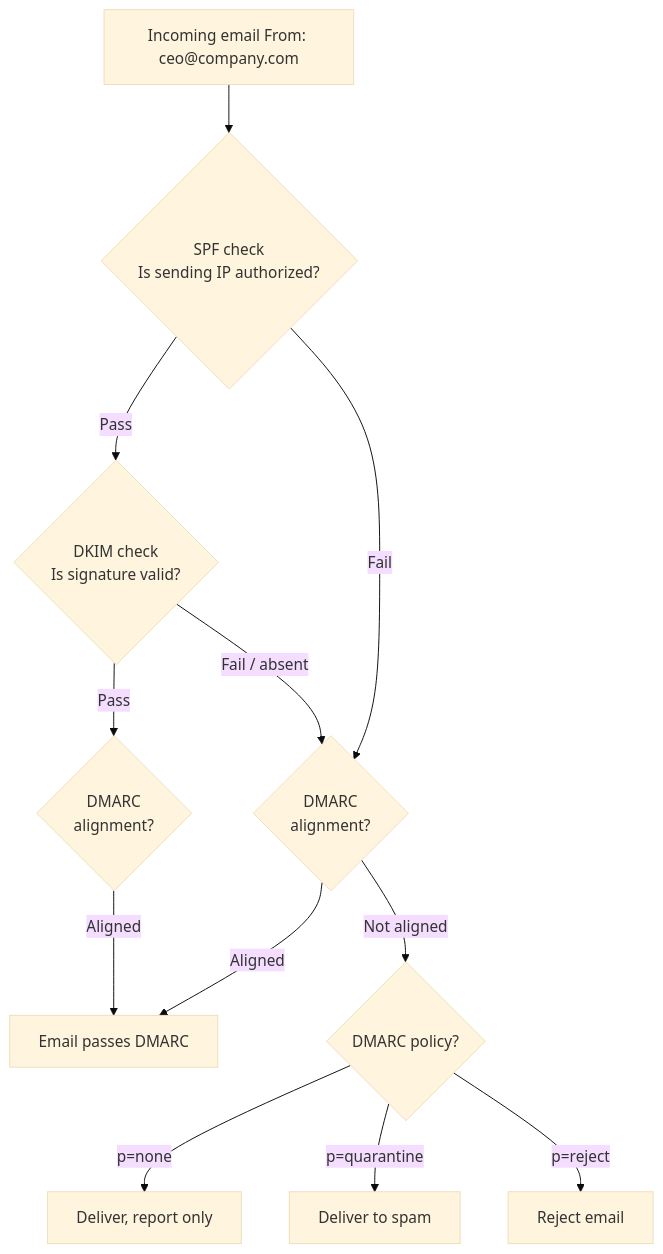
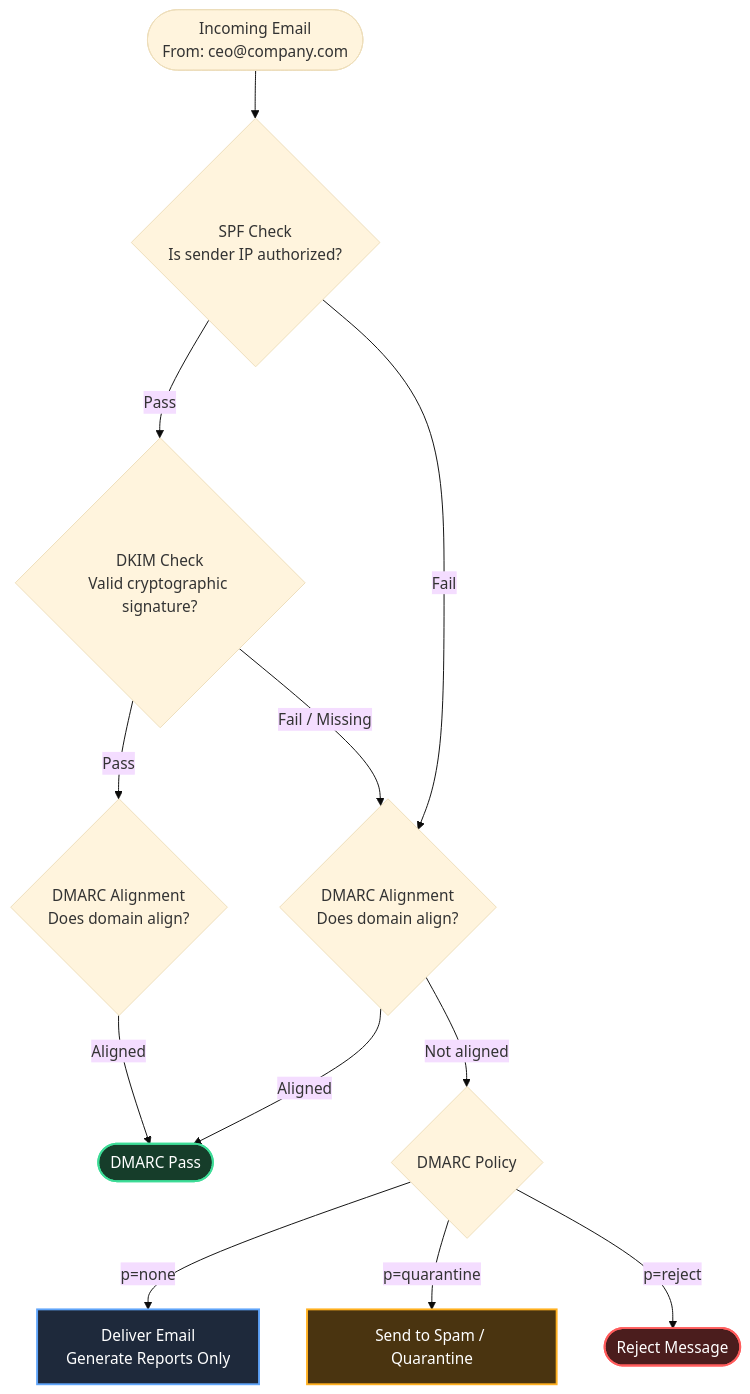
The diagram in src/content/docs/security/principals/email-security.mdx (AlexBelik269/web-it), drawn with Mermaid (base theme) before and after one commit. The commit also changed other lines of this file and 35 other files, not shown here.

````diff
--- a/src/content/docs/security/principals/email-security.mdx
+++ b/src/content/docs/security/principals/email-security.mdx
@@ -100,14 +106,39 @@
 ```mermaid
 flowchart TD
-    E[Incoming email From: ceo@company.com] --> SPF{SPF check\nIs sending IP authorized?}
-    SPF -- Pass --> D{DKIM check\nIs signature valid?}
-    SPF -- Fail --> DM1{DMARC\nalignment?}
-    D -- Pass --> DM2{DMARC\nalignment?}
-    D -- Fail / absent --> DM1
-    DM1 -- Aligned --> OK[Email passes DMARC]
-    DM2 -- Aligned --> OK
-    DM1 -- Not aligned --> DMARC{DMARC policy?}
-    DMARC -- p=none --> OK2[Deliver, report only]
-    DMARC -- p=quarantine --> SPAM[Deliver to spam]
-    DMARC -- p=reject --> REJECT[Reject email]
+    %% Entry
+    A([Incoming Email<br/>From: ceo@company.com])
+
+    %% SPF
+    A --> SPF{SPF Check<br/>Is sender IP authorized?}
+
+    SPF -->|Pass| DKIM{DKIM Check<br/>Valid cryptographic signature?}
+    SPF -->|Fail| DMARC1{DMARC Alignment<br/>Does domain align?}
+
+    %% DKIM
+    DKIM -->|Pass| DMARC2{DMARC Alignment<br/>Does domain align?}
+    DKIM -->|Fail / Missing| DMARC1
+
+    %% DMARC
+    DMARC1 -->|Aligned| PASS([DMARC Pass])
+    DMARC2 -->|Aligned| PASS
+
+    DMARC1 -->|Not aligned| POLICY{DMARC Policy}
+
+    %% Outcomes
+    POLICY -->|"p=none"| NONE[Deliver Email<br/>Generate Reports Only]
+
+    POLICY -->|"p=quarantine"| QUAR[Send to Spam / Quarantine]
+
+    POLICY -->|"p=reject"| REJECT([Reject Message])
+
+    %% Styling
+    classDef success fill:#163d2a,stroke:#3ddc97,color:#ffffff,stroke-width:2px;
+    classDef warning fill:#4a3410,stroke:#ffb020,color:#ffffff,stroke-width:2px;
+    classDef danger fill:#4b1d1d,stroke:#ff5c5c,color:#ffffff,stroke-width:2px;
+    classDef neutral fill:#1e293b,stroke:#60a5fa,color:#ffffff,stroke-width:2px;
+
+    class PASS success;
+    class NONE neutral;
+    class QUAR warning;
+    class REJECT danger;
 ```
````
